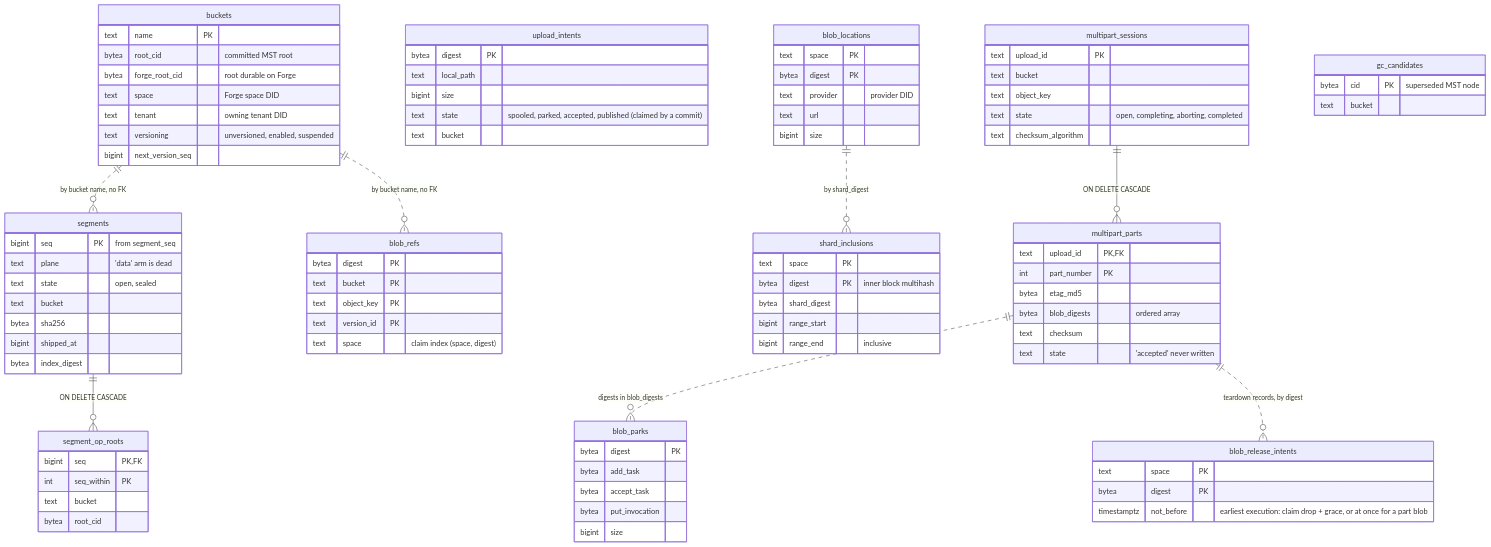
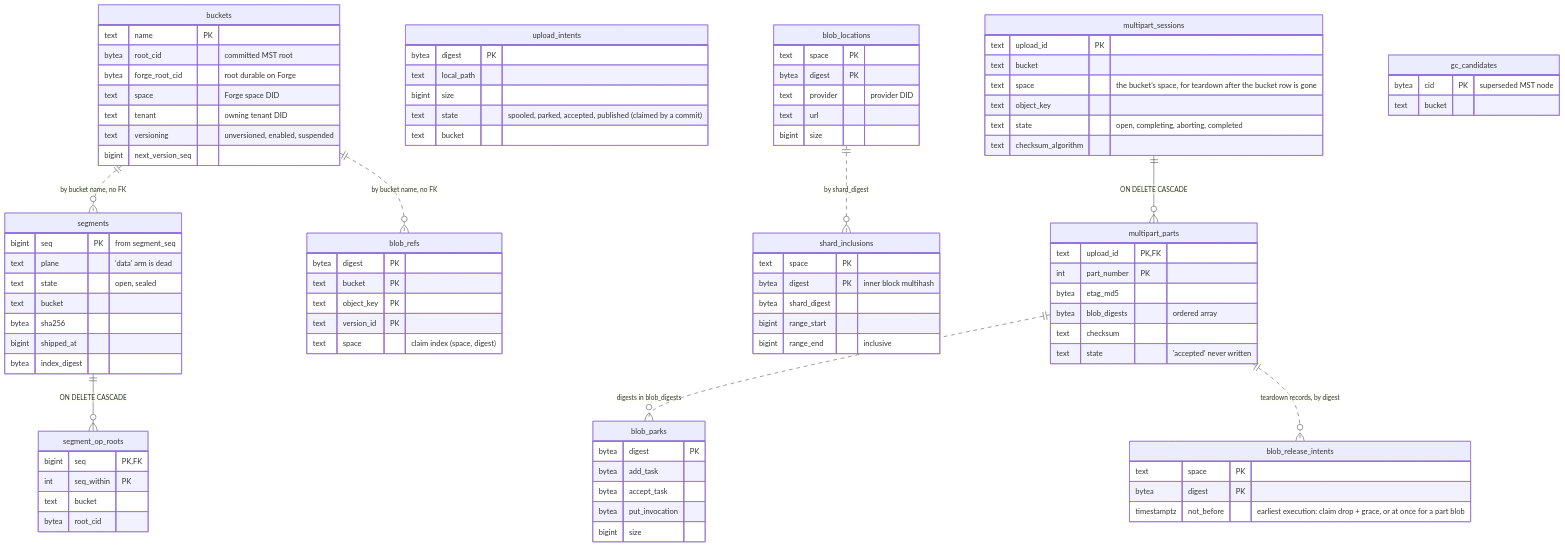
Before and after one commit to fil-forge/ingot: diagram 13 of 14 in docs/diagrams.md, drawn with Mermaid. The commit also changed other lines of this file and 7 other files, not shown here.

```diff
--- a/docs/diagrams.md
+++ b/docs/diagrams.md
@@ -856,6 +856,7 @@
     multipart_sessions {
         text upload_id PK
         text bucket
+        text space "the bucket's space, for teardown after the bucket row is gone"
         text object_key
         text state "open, completing, aborting, completed"
         text checksum_algorithm
```
